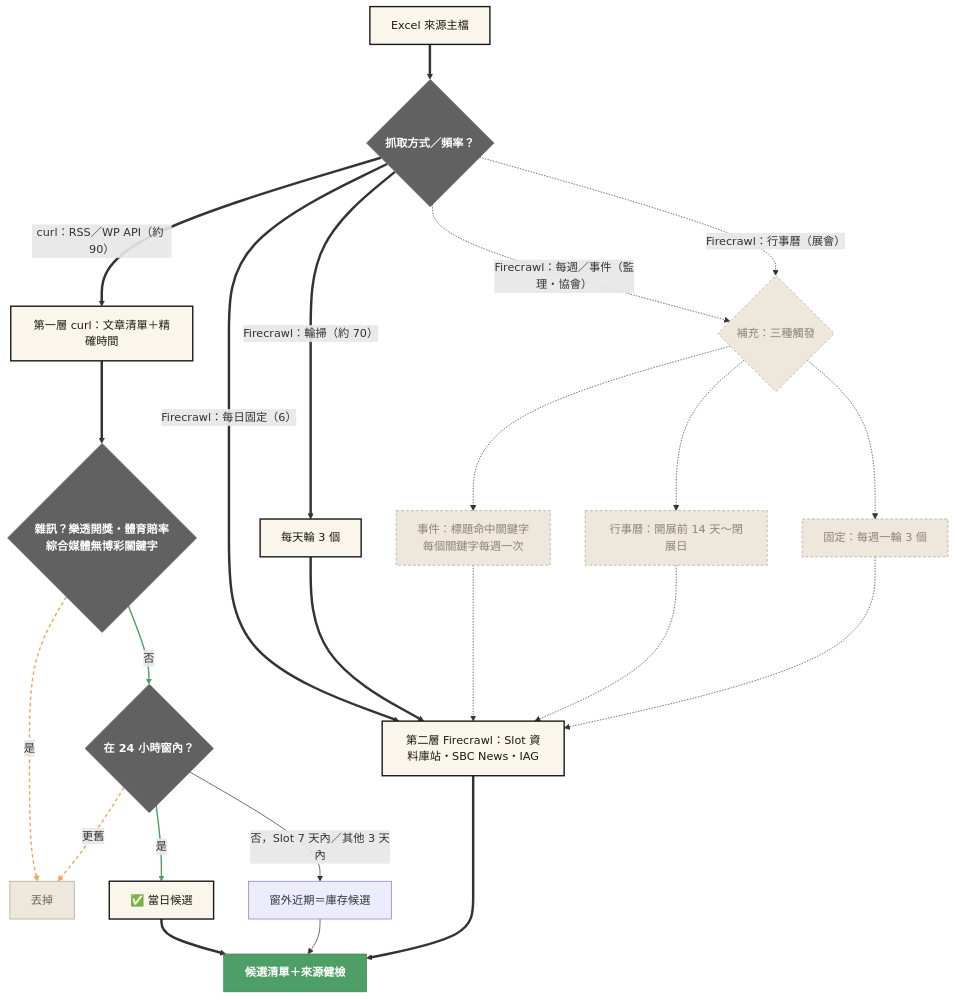
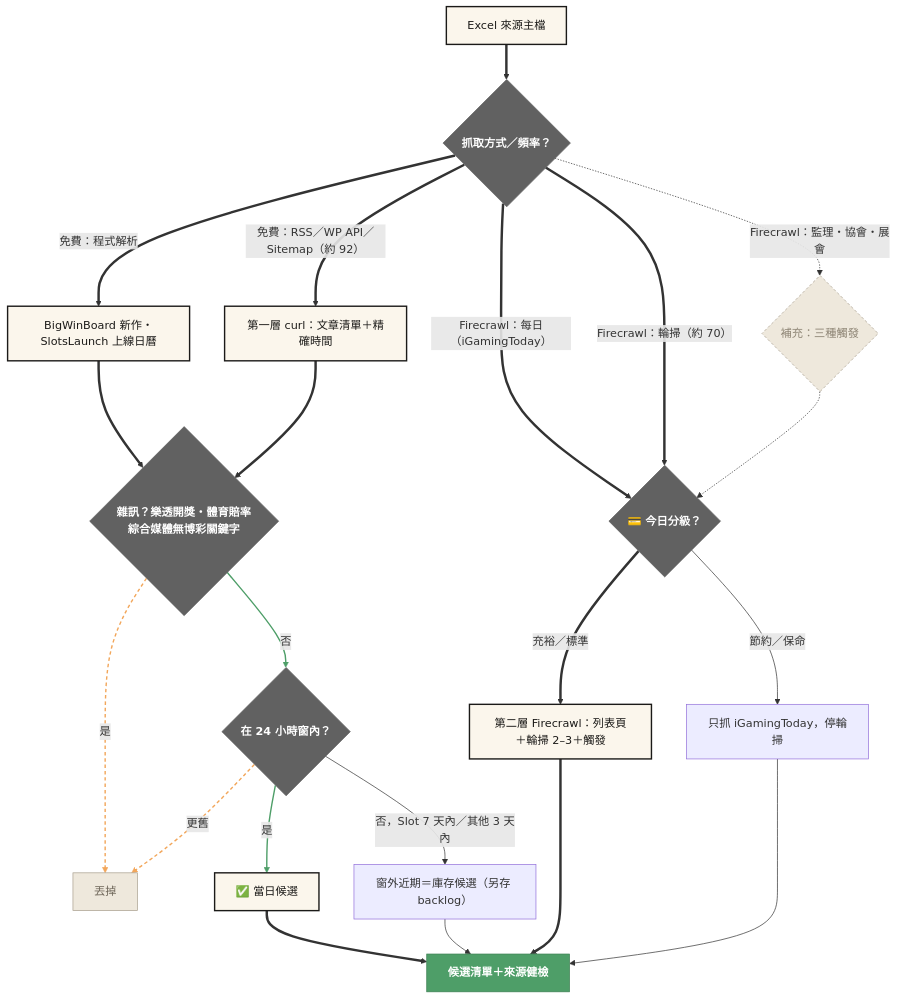
The second of 6 diagrams in OutputLogic.md (igaming-pulse/igaming-daily), drawn with Mermaid before and after one commit. The commit also changed other lines of this file and 2 other files, not shown here.

````diff
--- a/OutputLogic.md
+++ b/OutputLogic.md
@@ -69,37 +83,35 @@
 ```mermaid
 flowchart TD
   S["Excel 來源主檔"] ==> W{"抓取方式／頻率？"}
-  W == "curl：RSS／WP API（約 90）" ==> L1["第一層 curl：文章清單＋精確時間"]
-  W == "Firecrawl：每日固定（6）" ==> L2["第二層 Firecrawl：Slot 資料庫站・SBC News・IAG"]
-  W == "Firecrawl：輪掃（約 70）" ==> RT["每天輪 3 個"]
-  W -. "Firecrawl：每週／事件（監理・協會）" .-> TR{"補充：三種觸發"}
-  W -. "Firecrawl：行事曆（展會）" .-> TR
-  TR -.-> E1["事件：標題命中關鍵字<br/>每個關鍵字每週一次"]
-  TR -.-> E2["行事曆：開展前 14 天～閉展日"]
-  TR -.-> E3["固定：每週一輪 3 個"]
-  RT ==> L2
-  E1 -.-> L2
-  E2 -.-> L2
-  E3 -.-> L2
+  W == "免費：RSS／WP API／Sitemap（約 92）" ==> L1["第一層 curl：文章清單＋精確時間"]
+  W == "免費：程式解析" ==> L0["BigWinBoard 新作・SlotsLaunch 上線日曆"]
+  W == "Firecrawl：每日（iGamingToday）" ==> FC{"💳 今日分級？"}
+  W == "Firecrawl：輪掃（約 70）" ==> FC
+  W -. "Firecrawl：監理・協會・展會" .-> TR{"補充：三種觸發"}
+  TR -.-> FC
+  FC == "充裕／標準" ==> L2["第二層 Firecrawl：列表頁＋輪掃 2–3＋觸發"]
+  FC -- "節約／保命" --> L2S["只抓 iGamingToday，停輪掃"]
+  L0 ==> NZ
   L1 ==> NZ{"雜訊？樂透開獎・體育賠率<br/>綜合媒體無博彩關鍵字"}
   NZ -- 是 --> DROP["丟掉"]
   NZ == 否 ==> TW{"在 24 小時窗內？"}
   TW == 是 ==> IN["✅ 當日候選"]
-  TW -- "否，Slot 7 天內／其他 3 天內" --> OLD["窗外近期＝庫存候選"]
+  TW -- "否，Slot 7 天內／其他 3 天內" --> OLD["窗外近期＝庫存候選（另存 backlog）"]
   TW -- 更舊 --> DROP
   IN ==> OUT["候選清單＋來源健檢"]
   OLD --> OUT
   L2 ==> OUT
+  L2S --> OUT
   classDef main fill:#FBF6EC,stroke:#1B1A18,stroke-width:2px,color:#1B1A18
   classDef minor fill:#EEE8DC,stroke:#A99F8E,stroke-dasharray:4 3,color:#8C8373
-  class S,L1,L2,RT,IN main
-  class TR,E1,E2,E3 minor
+  class S,L0,L1,L2,IN main
+  class TR minor
   classDef gate fill:#616161,stroke:#616161,color:#FFFFFF,font-weight:700
   classDef out fill:#4E9E68,stroke:#3C7F52,color:#FFFFFF,font-weight:700
   classDef muted fill:#EEE8DC,stroke:#A99F8E,color:#6F675A
-  class NZ,TW,W gate
+  class FC,NZ,TW,W gate
   class OUT out
   class DROP muted
-  linkStyle 15,16 stroke:#4E9E68,stroke-width:2px
-  linkStyle 14,18 stroke:#F2A65A,stroke-width:2px,stroke-dasharray:5 4
+  linkStyle 12,13 stroke:#4E9E68,stroke-width:2px
+  linkStyle 11,15 stroke:#F2A65A,stroke-width:2px,stroke-dasharray:5 4
 ```
````
